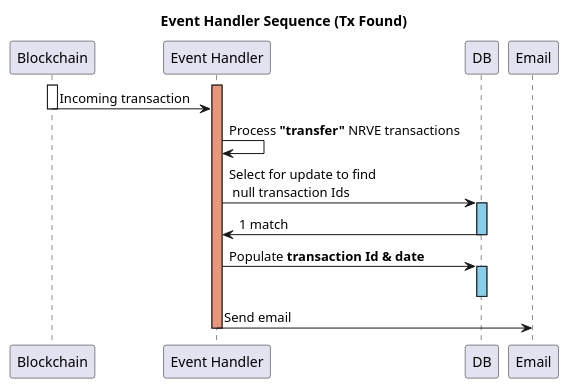
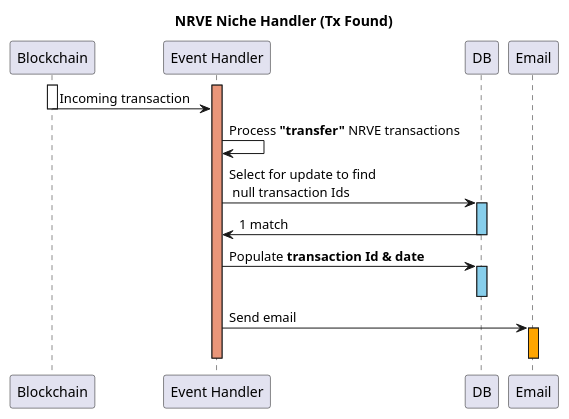
One commit to NarrativeCompany/tokensale-neo-smartcontract changed the first of 3 diagrams in util/documentation/NRVE Event Handler.puml. Above: the diagram before and after it, drawn with PlantUML. The commit also changed other lines of this file and 2 other files, not shown here.

```diff
--- a/util/documentation/NRVE Event Handler.puml
+++ b/util/documentation/NRVE Event Handler.puml
@@ -1,22 +1,24 @@
 @startuml
-title Event Handler Sequence (Tx Found)
+title NRVE Niche Handler (Tx Found)
 participant Blockchain as bc
 participant "Event Handler" as ev
 participant DB as db
 participant Email as e
 
 activate ev #darkSalmon
 activate bc
 bc -> ev : Incoming transaction
 deactivate bc
 ev -> ev : Process **"transfer"** NRVE transactions
 ev -> db : Select for update to find \n null transaction Ids
 activate db #skyBlue
 db -> ev : 1 match
 deactivate db
 ev -> db : Populate **transaction Id & date**
 activate db #skyBlue
 deactivate db
 ev -> e : Send email
+activate e #orange
 deactivate ev
+deactivate e
 @enduml
```
